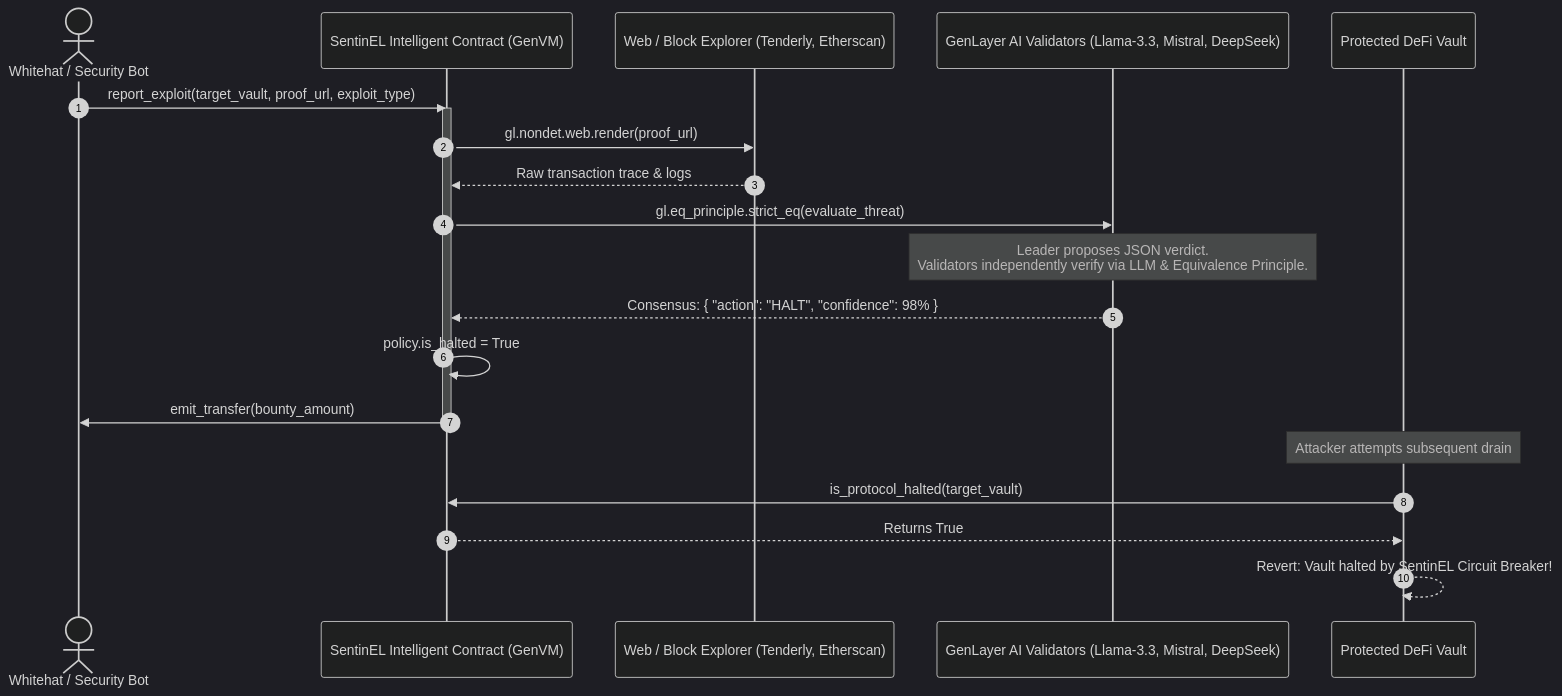
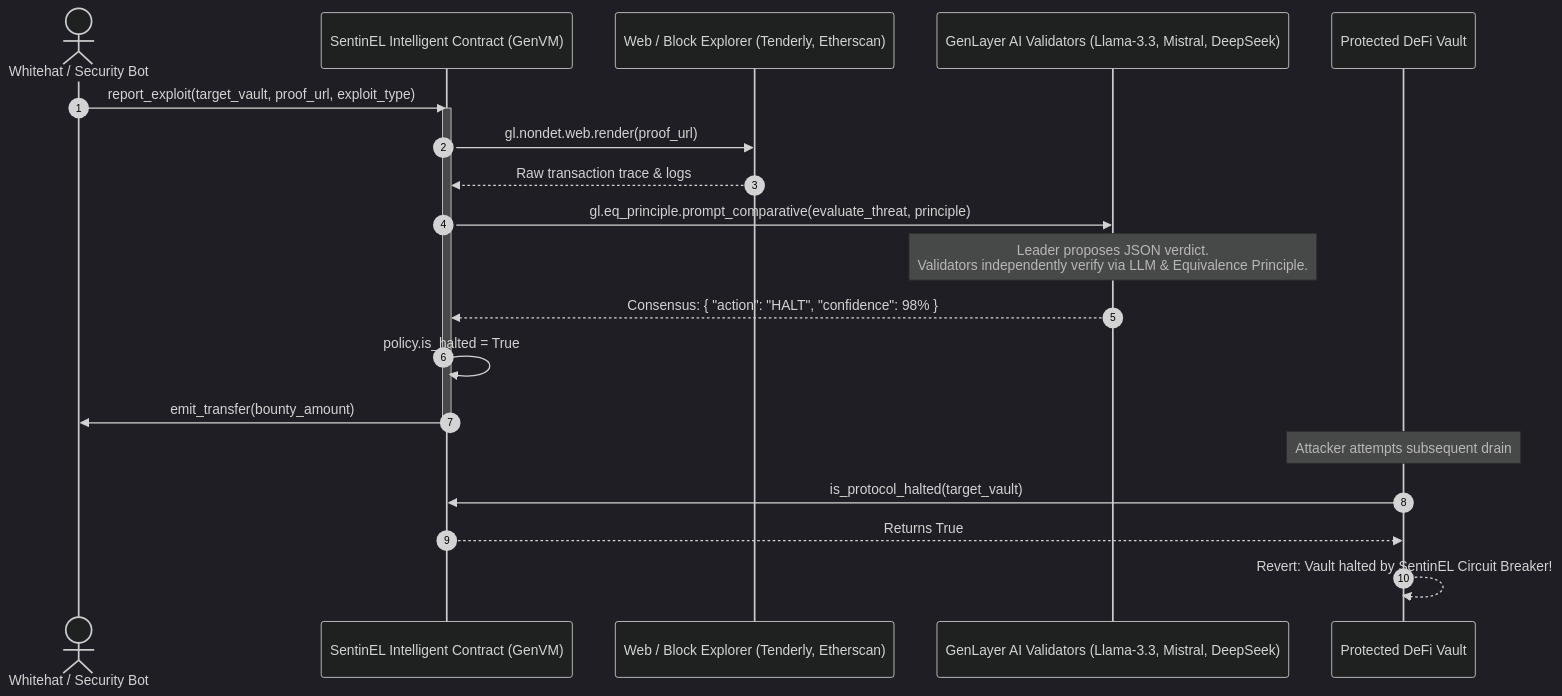
The diagram in README.md (olasmi02/genlayer-sentinel), drawn with Mermaid (dark theme) before and after one commit. The commit also changed other lines of this file and 18 other files, not shown here.

````diff
--- a/README.md
+++ b/README.md
@@ -37,25 +37,25 @@
 ```mermaid
 sequenceDiagram
     autonumber
     actor Whitehat as Whitehat / Security Bot
     participant SentinEL as SentinEL Intelligent Contract (GenVM)
     participant Web as Web / Block Explorer (Tenderly, Etherscan)
     participant Validators as GenLayer AI Validators (Llama-3.3, Mistral, DeepSeek)
     participant TargetVault as Protected DeFi Vault
 
     Whitehat->>SentinEL: report_exploit(target_vault, proof_url, exploit_type)
     activate SentinEL
     SentinEL->>Web: gl.nondet.web.render(proof_url)
     Web-->>SentinEL: Raw transaction trace & logs
-    SentinEL->>Validators: gl.eq_principle.strict_eq(evaluate_threat)
+    SentinEL->>Validators: gl.eq_principle.prompt_comparative(evaluate_threat, principle)
     Note over Validators: Leader proposes JSON verdict.<br/>Validators independently verify via LLM & Equivalence Principle.
     Validators-->>SentinEL: Consensus: { "action": "HALT", "confidence": 98% }
     SentinEL->>SentinEL: policy.is_halted = True
     SentinEL->>Whitehat: emit_transfer(bounty_amount)
     deactivate SentinEL
 
     Note over TargetVault: Attacker attempts subsequent drain
     TargetVault->>SentinEL: is_protocol_halted(target_vault)
     SentinEL-->>TargetVault: Returns True
     TargetVault-->>TargetVault: Revert: Vault halted by SentinEL Circuit Breaker!
 ```
````
